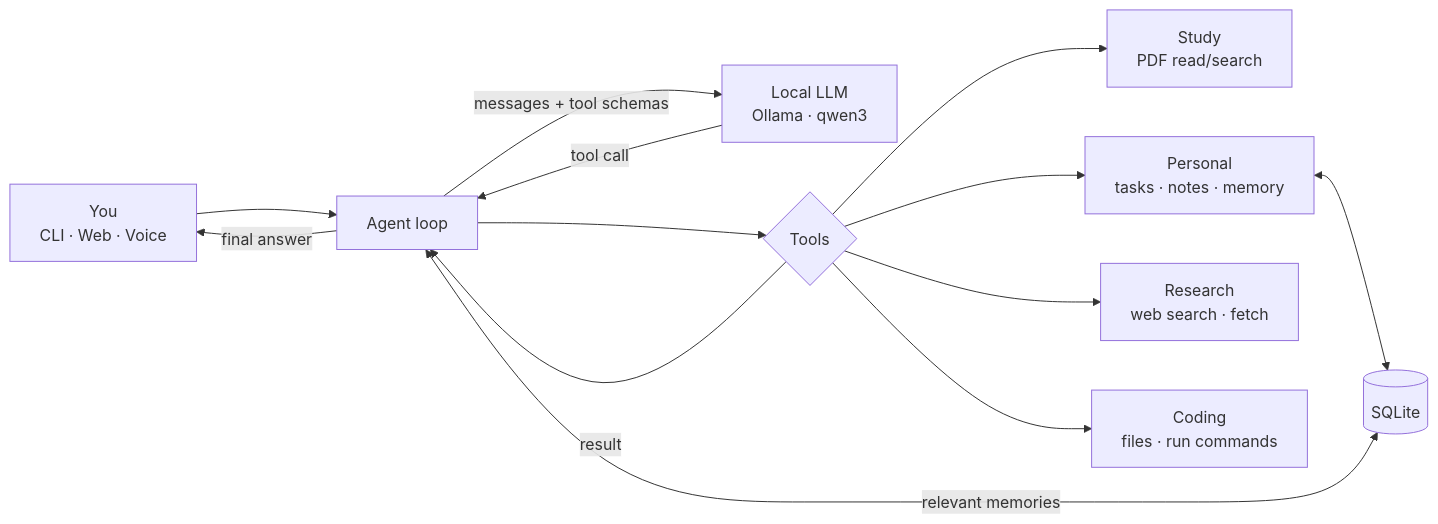
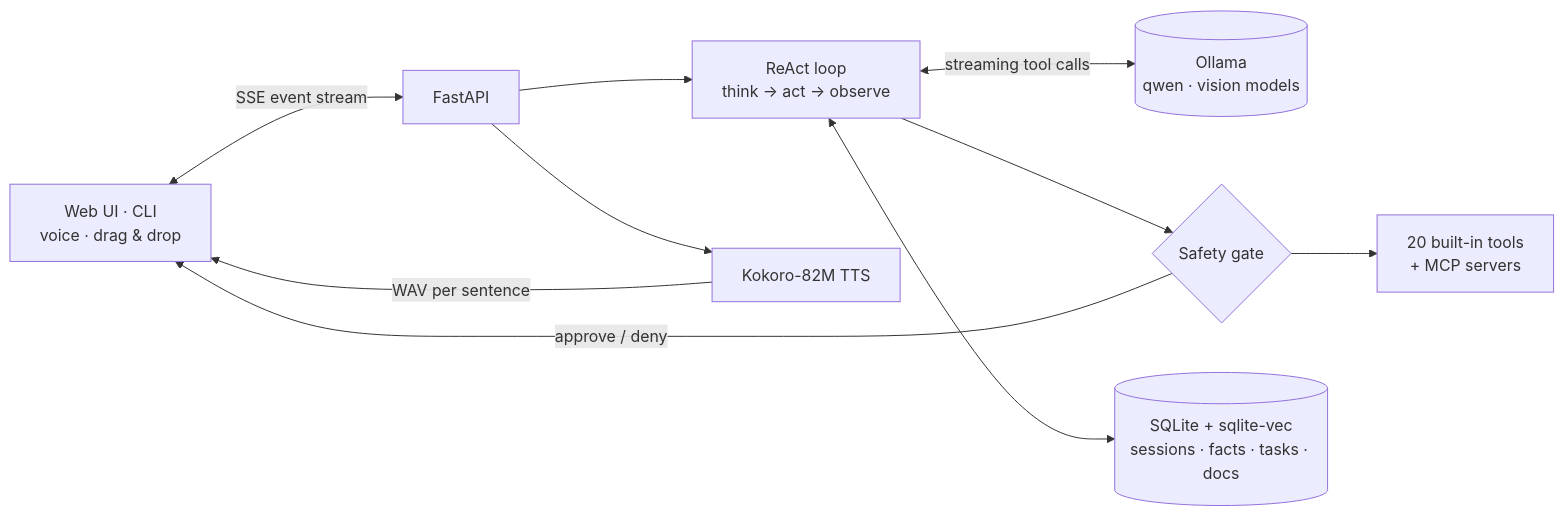
One commit to Piyuz-ui/aether changed the diagram in README.md. Above: the diagram before and after it, drawn with Mermaid. The commit also changed other lines of this file and 4 other files, not shown here.

First line of the commit message:
Phase 4: showcase README, demo video script, architecture update

````diff
--- a/README.md
+++ b/README.md
@@ -20,15 +54,11 @@
 ```mermaid
 flowchart LR
-    U[You<br/>CLI · Web · Voice] --> A[Agent loop]
-    A -->|messages + tool schemas| L[Local LLM<br/>Ollama · qwen3]
-    L -->|tool call| A
-    A --> T{Tools}
-    T --> S[Study<br/>PDF read/search]
-    T --> P[Personal<br/>tasks · notes · memory]
-    T --> R[Research<br/>web search · fetch]
-    T --> C[Coding<br/>files · run commands]
-    T -->|result| A
-    A -->|final answer| U
-    P <--> DB[(SQLite)]
-    A <-->|relevant memories| DB
+    U["Web UI · CLI<br/>voice · drag & drop"] <-->|"SSE event stream"| API["FastAPI"]
+    API --> LOOP["ReAct loop<br/>think → act → observe"]
+    LOOP <-->|"streaming tool calls"| LLM[("Ollama<br/>qwen · vision models")]
+    LOOP --> GATE{"Safety gate"}
+    GATE -->|"approve / deny"| U
+    GATE --> TOOLS["20 built-in tools<br/>+ MCP servers"]
+    LOOP <--> MEM[("SQLite + sqlite-vec<br/>sessions · facts · tasks · docs")]
+    API --> TTS["Kokoro-82M TTS"] -->|"WAV per sentence"| U
 ```
````
